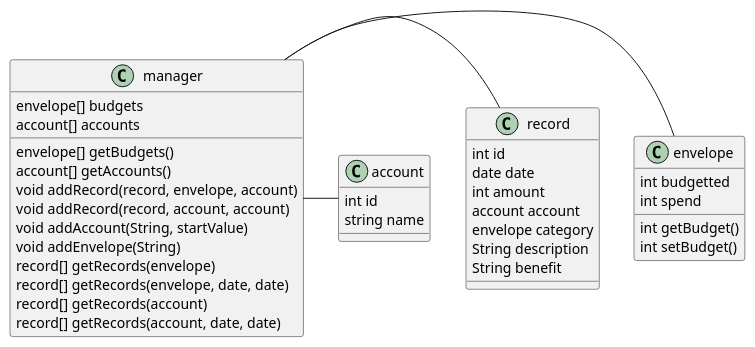
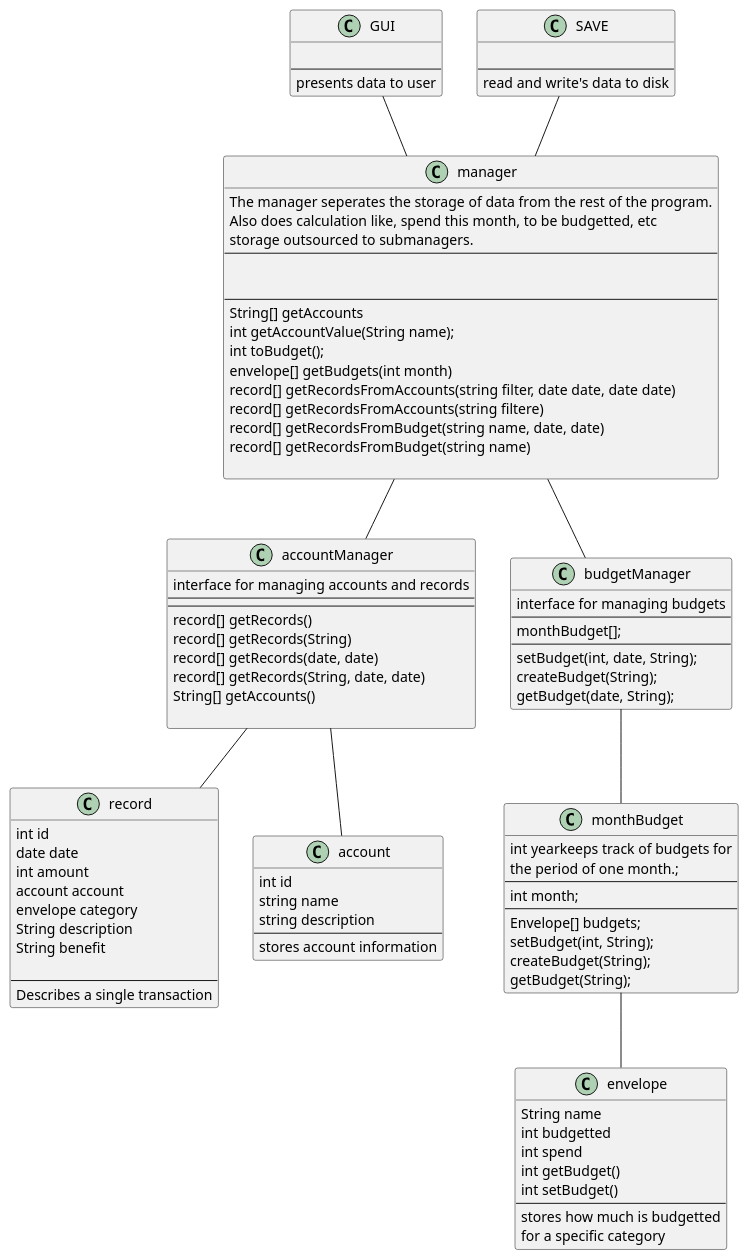
One commit to gorgabal/EnvelopeBudget changed the diagram in doc/envelopeBudget.plantuml. Above: the diagram before and after it, drawn with PlantUML. The commit also changed 1 other file, not shown here.

Commit message:
updated UML according to new insights.

```diff
--- a/doc/envelopeBudget.plantuml
+++ b/doc/envelopeBudget.plantuml
@@ -1,46 +1,115 @@
 @startuml
 
 class record{
   int id
   date date
   int amount
   account account
   envelope category
   String description
   String benefit
+
+  --
+  Describes a single transaction
 }
 
+
+
+class account {
+  int id
+  string name
+  string description
+  --
+  stores account information
+}
+
+class manager{
+The manager seperates the storage of data from the rest of the program.
+Also does calculation like, spend this month, to be budgetted, etc
+storage outsourced to submanagers.
+----
+
+
+----
+String[] getAccounts
+int getAccountValue(String name);
+int toBudget();
+envelope[] getBudgets(int month)
+record[] getRecordsFromAccounts(string filter, date date, date date)
+record[] getRecordsFromAccounts(string filtere)
+record[] getRecordsFromBudget(string name, date, date)
+record[] getRecordsFromBudget(string name)
+
+}
+
+class accountManager{
+interface for managing accounts and records
+--
+--
+record[] getRecords()
+record[] getRecords(String)
+record[] getRecords(date, date)
+record[] getRecords(String, date, date)
+String[] getAccounts()
+
+}
+
+
+class budgetManager {
+interface for managing budgets
+--
+monthBudget[];
+--
+setBudget(int, date, String);
+createBudget(String);
+getBudget(date, String);
+}
+
+class monthBudget {
+int yearkeeps track of budgets for
+the period of one month.;
+---
+int month;
+---
+Envelope[] budgets;
+setBudget(int, String);
+createBudget(String);
+getBudget(String);
+}
+
+
 class envelope{
+  String name
   int budgetted
   int spend
   int getBudget()
   int setBudget()
-}
-
-class account {
-  int id
-  string name
-}
-
-class manager{
-  envelope[] budgets
-  account[] accounts
-
-  envelope[] getBudgets()
-  account[] getAccounts()
-  void addRecord(record, envelope, account)
-  void addRecord(record, account, account)
-  void addAccount(String, startValue)
-  void addEnvelope(String)
-  record[] getRecords(envelope)
-  record[] getRecords(envelope, date, date)
-  record[] getRecords(account)
-  record[] getRecords(account, date, date)
-
+  --
+  stores how much is budgetted
+  for a specific category
 }
 
 
-manager - envelope
-manager - record
-manager - account
+
+class GUI{
+
+--
+presents data to user
+}
+
+class SAVE{
+
+--
+read and write's data to disk
+}
+
+GUI -- manager
+SAVE -- manager
+manager -- budgetManager
+manager -- accountManager
+budgetManager -- monthBudget
+monthBudget -- envelope
+accountManager -- record
+accountManager -- account
+
 @enduml
```
